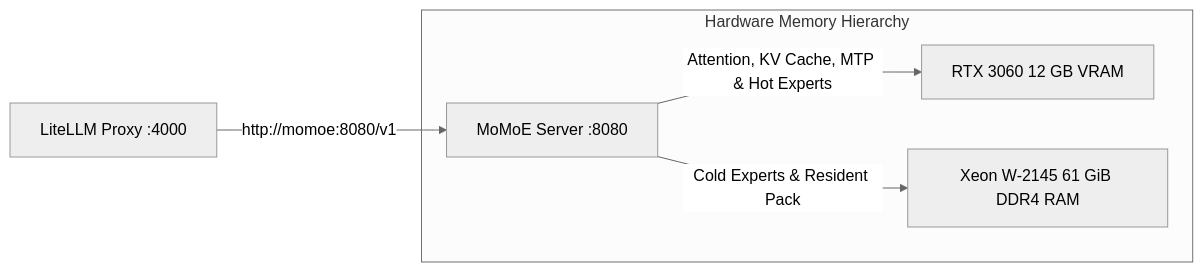
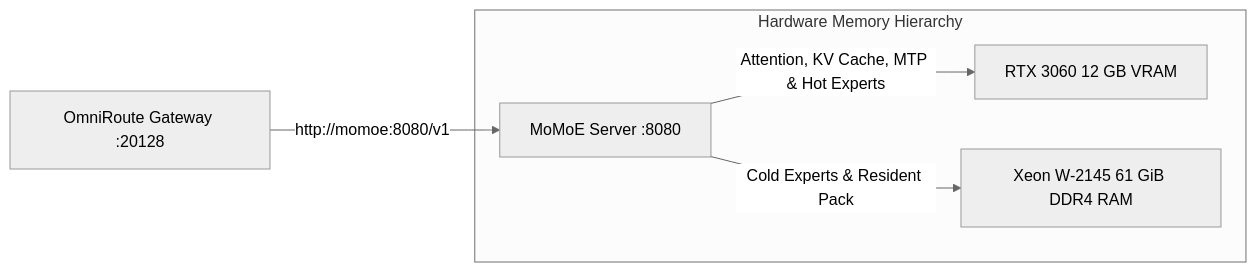
One commit to jamesbspencer/homelab changed the diagram in docs/momoe.md. Above: the diagram before and after it, drawn with Mermaid (neutral theme). The commit also changed other lines of this file and 25 other files, not shown here.

````diff
--- a/docs/momoe.md
+++ b/docs/momoe.md
@@ -19,8 +19,8 @@
 ```mermaid
 graph LR
-    LiteLLM[LiteLLM Proxy :4000] -->|http://momoe:8080/v1| MoMoE[MoMoE Server :8080]
+    OmniRoute[OmniRoute Gateway :20128] -->|http://momoe:8080/v1| MoMoE[MoMoE Server :8080]
     subgraph Hardware Memory Hierarchy
         MoMoE -->|Attention, KV Cache, MTP & Hot Experts| VRAM[RTX 3060 12 GB VRAM]
         MoMoE -->|Cold Experts & Resident Pack| RAM[Xeon W-2145 61 GiB DDR4 RAM]
     end
 ```
````
